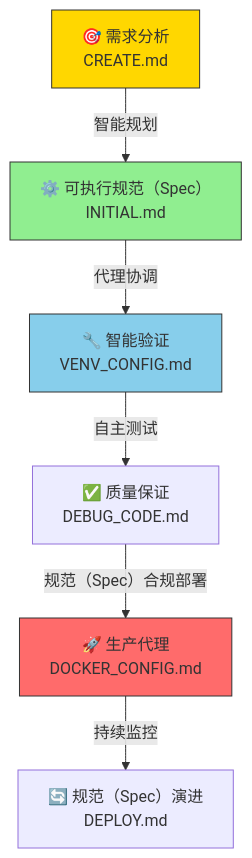
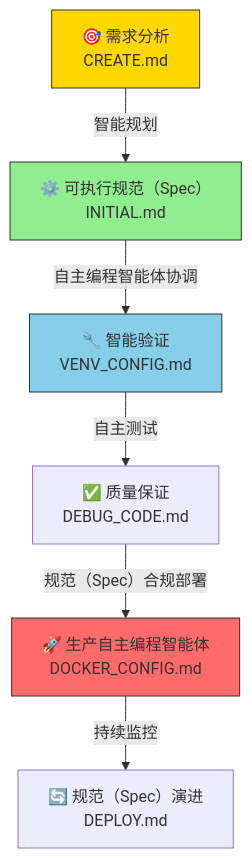
One commit to ouyangshixiong/context-engineering-zh changed the third of 10 diagrams in README.md. Above: the diagram before and after it, drawn with Mermaid. The commit also changed other lines of this file and 6 other files, not shown here.

````diff
--- a/README.md
+++ b/README.md
@@ -157,13 +157,13 @@
 ```mermaid
 flowchart TD
     A[🎯 需求分析<br/>CREATE.md] -->|智能规划| B[⚙️ 可执行规范（Spec）<br/>INITIAL.md]
-    B -->|代理协调| C[🔧 智能验证<br/>VENV_CONFIG.md]
+    B -->|自主编程智能体协调| C[🔧 智能验证<br/>VENV_CONFIG.md]
     C -->|自主测试| D[✅ 质量保证<br/>DEBUG_CODE.md]
-    D -->|规范（Spec）合规部署| E[🚀 生产代理<br/>DOCKER_CONFIG.md]
+    D -->|规范（Spec）合规部署| E[🚀 生产自主编程智能体<br/>DOCKER_CONFIG.md]
     E -->|持续监控| F[🔄 规范（Spec）演进<br/>DEPLOY.md]
     
     style A fill:#FFD700,stroke:#333
     style B fill:#90EE90,stroke:#333
     style C fill:#87CEEB,stroke:#333
     style E fill:#FF6B6B,stroke:#333
 ```
````
